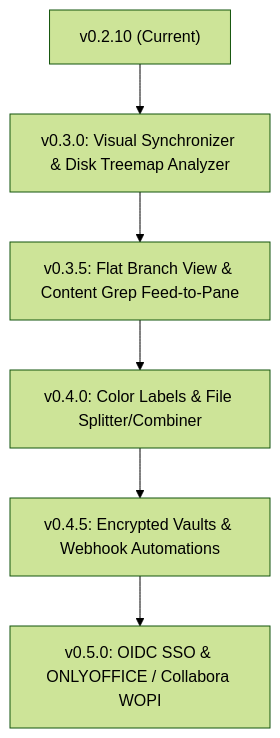
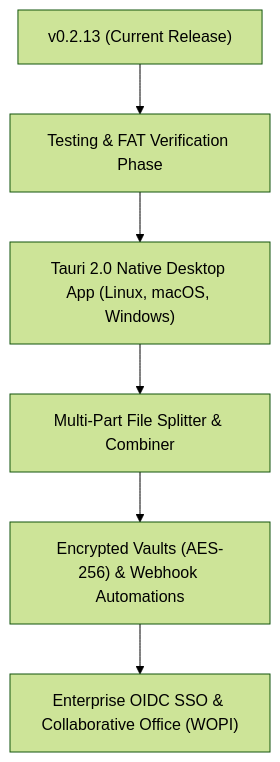
Before and after one commit to Woofson/commanderdog: the diagram in ROADMAP.md, drawn with Mermaid (forest theme). The commit also changed other lines of this file, not shown here.

Commit message:
Roadmap: add Tauri 2.0 native standalone desktop application milestone

````diff
--- a/ROADMAP.md
+++ b/ROADMAP.md
@@ -51,8 +58,8 @@
 ```mermaid
 graph TD
-    A["v0.2.10 (Current)"] --> B["v0.3.0: Visual Synchronizer & Disk Treemap Analyzer"]
-    B --> C["v0.3.5: Flat Branch View & Content Grep Feed-to-Pane"]
-    C --> D["v0.4.0: Color Labels & File Splitter/Combiner"]
-    D --> E["v0.4.5: Encrypted Vaults & Webhook Automations"]
-    E --> F["v0.5.0: OIDC SSO & ONLYOFFICE / Collabora WOPI"]
+    A["v0.2.13 (Current Release)"] --> B["Testing & FAT Verification Phase"]
+    B --> C["Tauri 2.0 Native Desktop App (Linux, macOS, Windows)"]
+    C --> D["Multi-Part File Splitter & Combiner"]
+    D --> E["Encrypted Vaults (AES-256) & Webhook Automations"]
+    E --> F["Enterprise OIDC SSO & Collaborative Office (WOPI)"]
 ```
````
